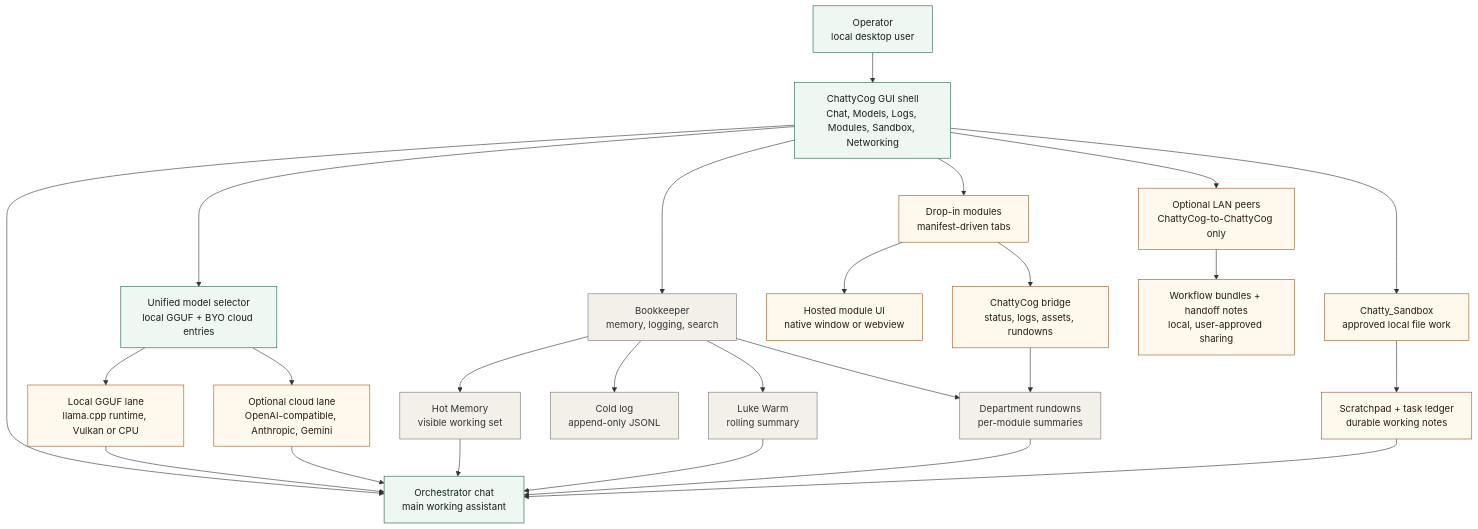
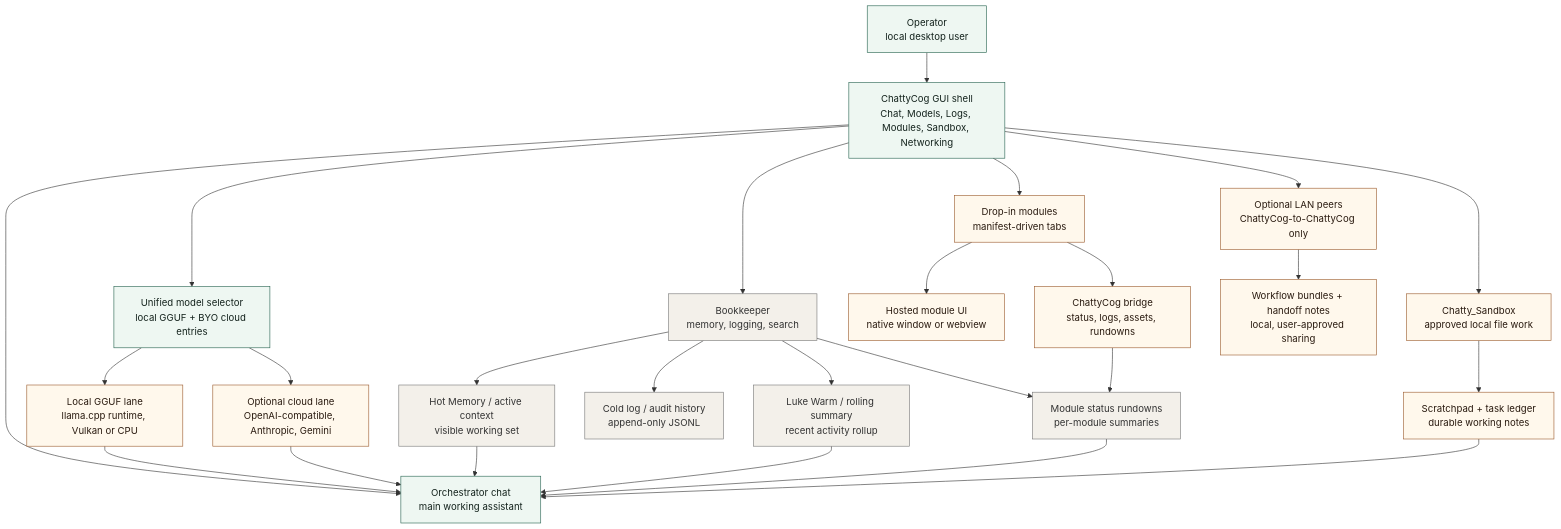
One commit to instance001/chatty-cog changed the first of 2 diagrams in README.md. Above: the diagram before and after it, drawn with Mermaid. The commit also changed other lines of this file and 13 other files, not shown here.

````diff
--- a/README.md
+++ b/README.md
@@ -35,40 +35,40 @@
 ```mermaid
 flowchart TB
     user["Operator<br/>local desktop user"] --> shell["ChattyCog GUI shell<br/>Chat, Models, Logs, Modules, Sandbox, Networking"]
     shell --> orchestrator["Orchestrator chat<br/>main working assistant"]
     shell --> modelPicker["Unified model selector<br/>local GGUF + BYO cloud entries"]
 
     modelPicker --> localLane["Local GGUF lane<br/>llama.cpp runtime, Vulkan or CPU"]
     modelPicker --> cloudLane["Optional cloud lane<br/>OpenAI-compatible, Anthropic, Gemini"]
     localLane --> orchestrator
     cloudLane --> orchestrator
 
     shell --> bookkeeper["Bookkeeper<br/>memory, logging, search"]
-    bookkeeper --> hot["Hot Memory<br/>visible working set"]
-    bookkeeper --> luke["Luke Warm<br/>rolling summary"]
-    bookkeeper --> cold["Cold log<br/>append-only JSONL"]
-    bookkeeper --> departments["Department rundowns<br/>per-module summaries"]
+    bookkeeper --> hot["Hot Memory / active context<br/>visible working set"]
+    bookkeeper --> luke["Luke Warm / rolling summary<br/>recent activity rollup"]
+    bookkeeper --> cold["Cold log / audit history<br/>append-only JSONL"]
+    bookkeeper --> departments["Module status rundowns<br/>per-module summaries"]
     hot --> orchestrator
     luke --> orchestrator
     departments --> orchestrator
 
     shell --> sandbox["Chatty_Sandbox<br/>approved local file work"]
     sandbox --> scratchpad["Scratchpad + task ledger<br/>durable working notes"]
     scratchpad --> orchestrator
 
     shell --> modules["Drop-in modules<br/>manifest-driven tabs"]
     modules --> hosted["Hosted module UI<br/>native window or webview"]
     modules --> bridge["ChattyCog bridge<br/>status, logs, assets, rundowns"]
     bridge --> departments
 
     shell --> peers["Optional LAN peers<br/>ChattyCog-to-ChattyCog only"]
     peers --> bundles["Workflow bundles + handoff notes<br/>local, user-approved sharing"]
 
     classDef userLayer fill:#eef7f2,stroke:#25624f,color:#14231d;
     classDef hostLayer fill:#fff8ec,stroke:#9b5b2e,color:#2a1b10;
     classDef memoryLayer fill:#f3f0ea,stroke:#777,color:#333;
 
     class user,shell,orchestrator,modelPicker userLayer;
     class localLane,cloudLane,sandbox,scratchpad,modules,hosted,bridge,peers,bundles hostLayer;
     class bookkeeper,hot,luke,cold,departments memoryLayer;
 ```
````
